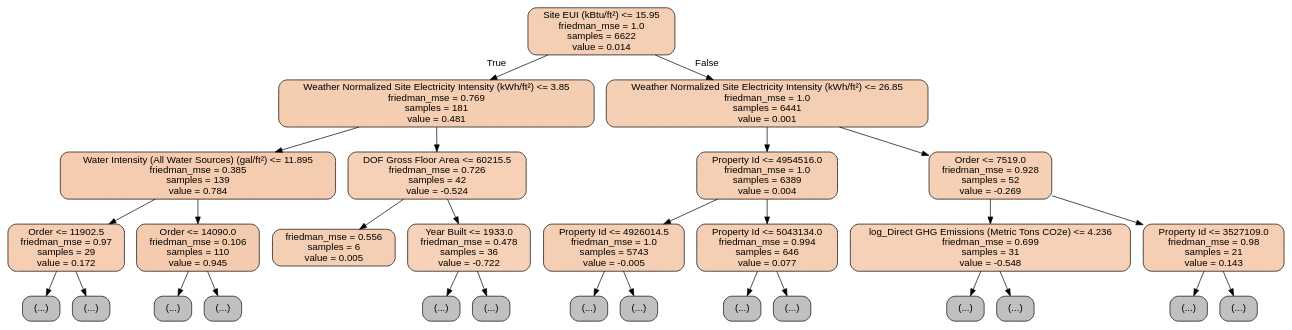
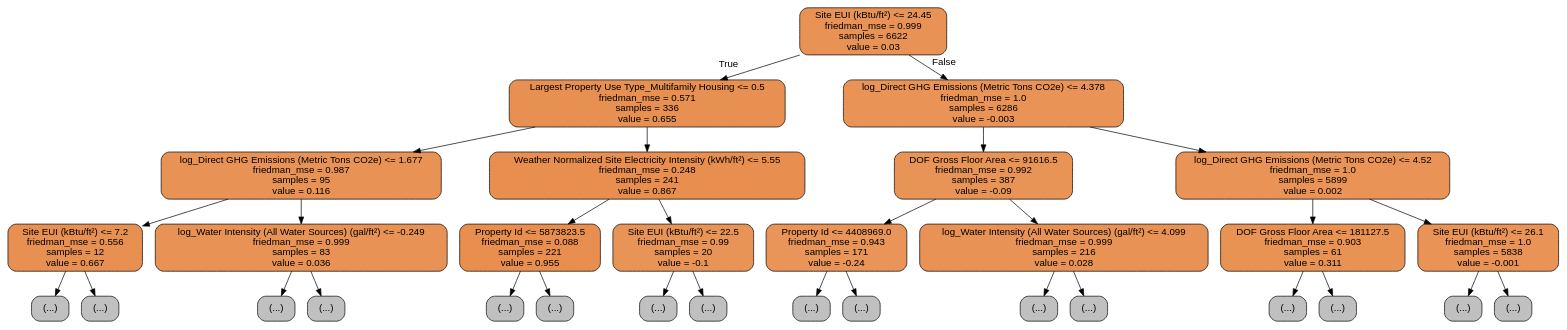
The diagram in machine-learning-project-walkthrough-master/images/tree_small.dot (snehalsandy/machine-learning-), drawn with Graphviz before and after one commit. The commit also changed 1 other file, not shown here.

```diff
--- a/machine-learning-project-walkthrough-master/images/tree_small.dot
+++ b/machine-learning-project-walkthrough-master/images/tree_small.dot
@@ -1,61 +1,65 @@
 digraph Tree {
 node [shape=box, style="filled, rounded", color="black", fontname=helvetica] ;
 edge [fontname=helvetica] ;
-0 [label="Site EUI (kBtu/ft²) <= 15.95\nfriedman_mse = 1.0\nsamples = 6622\nvalue = 0.014", fillcolor="#e5813961"] ;
-1 [label="Weather Normalized Site Electricity Intensity (kWh/ft²) <= 3.85\nfriedman_mse = 0.769\nsamples = 181\nvalue = 0.481", fillcolor="#e5813965"] ;
+0 [label="Site EUI (kBtu/ft²) <= 24.45\nfriedman_mse = 0.999\nsamples = 6622\nvalue = 0.03", fillcolor="#e58139da"] ;
+1 [label="Largest Property Use Type_Multifamily Housing <= 0.5\nfriedman_mse = 0.571\nsamples = 336\nvalue = 0.655", fillcolor="#e58139e0"] ;
 0 -> 1 [labeldistance=2.5, labelangle=45, headlabel="True"] ;
-2 [label="Water Intensity (All Water Sources) (gal/ft²) <= 11.895\nfriedman_mse = 0.385\nsamples = 139\nvalue = 0.784", fillcolor="#e5813967"] ;
+2 [label="log_Direct GHG Emissions (Metric Tons CO2e) <= 1.677\nfriedman_mse = 0.987\nsamples = 95\nvalue = 0.116", fillcolor="#e58139da"] ;
 1 -> 2 ;
-3 [label="Order <= 11902.5\nfriedman_mse = 0.97\nsamples = 29\nvalue = 0.172", fillcolor="#e5813962"] ;
+3 [label="Site EUI (kBtu/ft²) <= 7.2\nfriedman_mse = 0.556\nsamples = 12\nvalue = 0.667", fillcolor="#e58139e0"] ;
 2 -> 3 ;
 4 [label="(...)", fillcolor="#C0C0C0"] ;
 3 -> 4 ;
+5 [label="(...)", fillcolor="#C0C0C0"] ;
+3 -> 5 ;
+6 [label="log_Water Intensity (All Water Sources) (gal/ft²) <= -0.249\nfriedman_mse = 0.999\nsamples = 83\nvalue = 0.036", fillcolor="#e58139da"] ;
+2 -> 6 ;
 7 [label="(...)", fillcolor="#C0C0C0"] ;
-3 -> 7 ;
-8 [label="Order <= 14090.0\nfriedman_mse = 0.106\nsamples = 110\nvalue = 0.945", fillcolor="#e5813968"] ;
-2 -> 8 ;
-9 [label="(...)", fillcolor="#C0C0C0"] ;
-8 -> 9 ;
-12 [label="(...)", fillcolor="#C0C0C0"] ;
-8 -> 12 ;
-13 [label="DOF Gross Floor Area <= 60215.5\nfriedman_mse = 0.726\nsamples = 42\nvalue = -0.524", fillcolor="#e581395c"] ;
-1 -> 13 ;
-14 [label="friedman_mse = 0.556\nsamples = 6\nvalue = 0.005", fillcolor="#e5813961"] ;
-13 -> 14 ;
-15 [label="Year Built <= 1933.0\nfriedman_mse = 0.478\nsamples = 36\nvalue = -0.722", fillcolor="#e581395b"] ;
-13 -> 15 ;
+6 -> 7 ;
+8 [label="(...)", fillcolor="#C0C0C0"] ;
+6 -> 8 ;
+11 [label="Weather Normalized Site Electricity Intensity (kWh/ft²) <= 5.55\nfriedman_mse = 0.248\nsamples = 241\nvalue = 0.867", fillcolor="#e58139e2"] ;
+1 -> 11 ;
+12 [label="Property Id <= 5873823.5\nfriedman_mse = 0.088\nsamples = 221\nvalue = 0.955", fillcolor="#e58139e2"] ;
+11 -> 12 ;
+13 [label="(...)", fillcolor="#C0C0C0"] ;
+12 -> 13 ;
 16 [label="(...)", fillcolor="#C0C0C0"] ;
-15 -> 16 ;
-17 [label="(...)", fillcolor="#C0C0C0"] ;
-15 -> 17 ;
-20 [label="Weather Normalized Site Electricity Intensity (kWh/ft²) <= 26.85\nfriedman_mse = 1.0\nsamples = 6441\nvalue = 0.001", fillcolor="#e5813961"] ;
+12 -> 16 ;
+17 [label="Site EUI (kBtu/ft²) <= 22.5\nfriedman_mse = 0.99\nsamples = 20\nvalue = -0.1", fillcolor="#e58139d8"] ;
+11 -> 17 ;
+18 [label="(...)", fillcolor="#C0C0C0"] ;
+17 -> 18 ;
+19 [label="(...)", fillcolor="#C0C0C0"] ;
+17 -> 19 ;
+20 [label="log_Direct GHG Emissions (Metric Tons CO2e) <= 4.378\nfriedman_mse = 1.0\nsamples = 6286\nvalue = -0.003", fillcolor="#e58139d9"] ;
 0 -> 20 [labeldistance=2.5, labelangle=-45, headlabel="False"] ;
-21 [label="Property Id <= 4954516.0\nfriedman_mse = 1.0\nsamples = 6389\nvalue = 0.004", fillcolor="#e5813961"] ;
+21 [label="DOF Gross Floor Area <= 91616.5\nfriedman_mse = 0.992\nsamples = 387\nvalue = -0.09", fillcolor="#e58139d8"] ;
 20 -> 21 ;
-22 [label="Property Id <= 4926014.5\nfriedman_mse = 1.0\nsamples = 5743\nvalue = -0.005", fillcolor="#e5813961"] ;
+22 [label="Property Id <= 4408969.0\nfriedman_mse = 0.943\nsamples = 171\nvalue = -0.24", fillcolor="#e58139d7"] ;
 21 -> 22 ;
 23 [label="(...)", fillcolor="#C0C0C0"] ;
 22 -> 23 ;
 26 [label="(...)", fillcolor="#C0C0C0"] ;
 22 -> 26 ;
-29 [label="Property Id <= 5043134.0\nfriedman_mse = 0.994\nsamples = 646\nvalue = 0.077", fillcolor="#e5813961"] ;
+29 [label="log_Water Intensity (All Water Sources) (gal/ft²) <= 4.099\nfriedman_mse = 0.999\nsamples = 216\nvalue = 0.028", fillcolor="#e58139da"] ;
 21 -> 29 ;
 30 [label="(...)", fillcolor="#C0C0C0"] ;
 29 -> 30 ;
 33 [label="(...)", fillcolor="#C0C0C0"] ;
 29 -> 33 ;
-36 [label="Order <= 7519.0\nfriedman_mse = 0.928\nsamples = 52\nvalue = -0.269", fillcolor="#e581395f"] ;
+36 [label="log_Direct GHG Emissions (Metric Tons CO2e) <= 4.52\nfriedman_mse = 1.0\nsamples = 5899\nvalue = 0.002", fillcolor="#e58139d9"] ;
 20 -> 36 ;
-37 [label="log_Direct GHG Emissions (Metric Tons CO2e) <= 4.236\nfriedman_mse = 0.699\nsamples = 31\nvalue = -0.548", fillcolor="#e581395c"] ;
+37 [label="DOF Gross Floor Area <= 181127.5\nfriedman_mse = 0.903\nsamples = 61\nvalue = 0.311", fillcolor="#e58139dc"] ;
 36 -> 37 ;
 38 [label="(...)", fillcolor="#C0C0C0"] ;
 37 -> 38 ;
-39 [label="(...)", fillcolor="#C0C0C0"] ;
-37 -> 39 ;
-42 [label="Property Id <= 3527109.0\nfriedman_mse = 0.98\nsamples = 21\nvalue = 0.143", fillcolor="#e5813962"] ;
-36 -> 42 ;
-43 [label="(...)", fillcolor="#C0C0C0"] ;
-42 -> 43 ;
-44 [label="(...)", fillcolor="#C0C0C0"] ;
-42 -> 44 ;
+41 [label="(...)", fillcolor="#C0C0C0"] ;
+37 -> 41 ;
+44 [label="Site EUI (kBtu/ft²) <= 26.1\nfriedman_mse = 1.0\nsamples = 5838\nvalue = -0.001", fillcolor="#e58139d9"] ;
+36 -> 44 ;
+45 [label="(...)", fillcolor="#C0C0C0"] ;
+44 -> 45 ;
+48 [label="(...)", fillcolor="#C0C0C0"] ;
+44 -> 48 ;
 }
```
